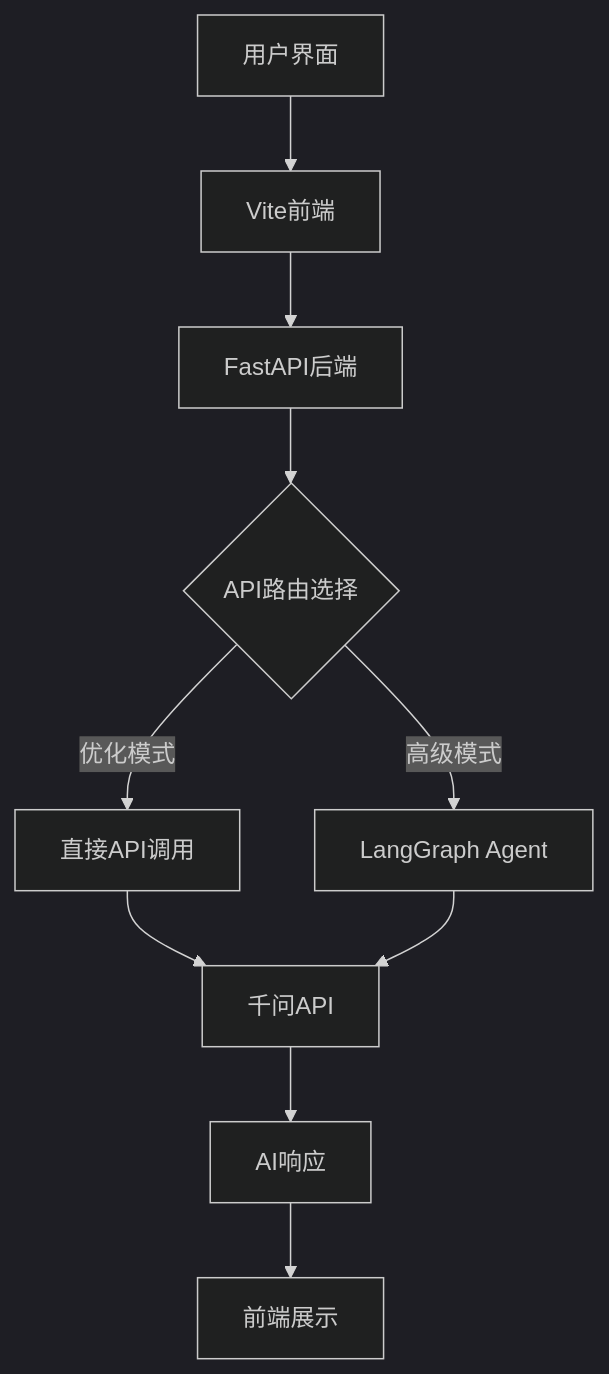
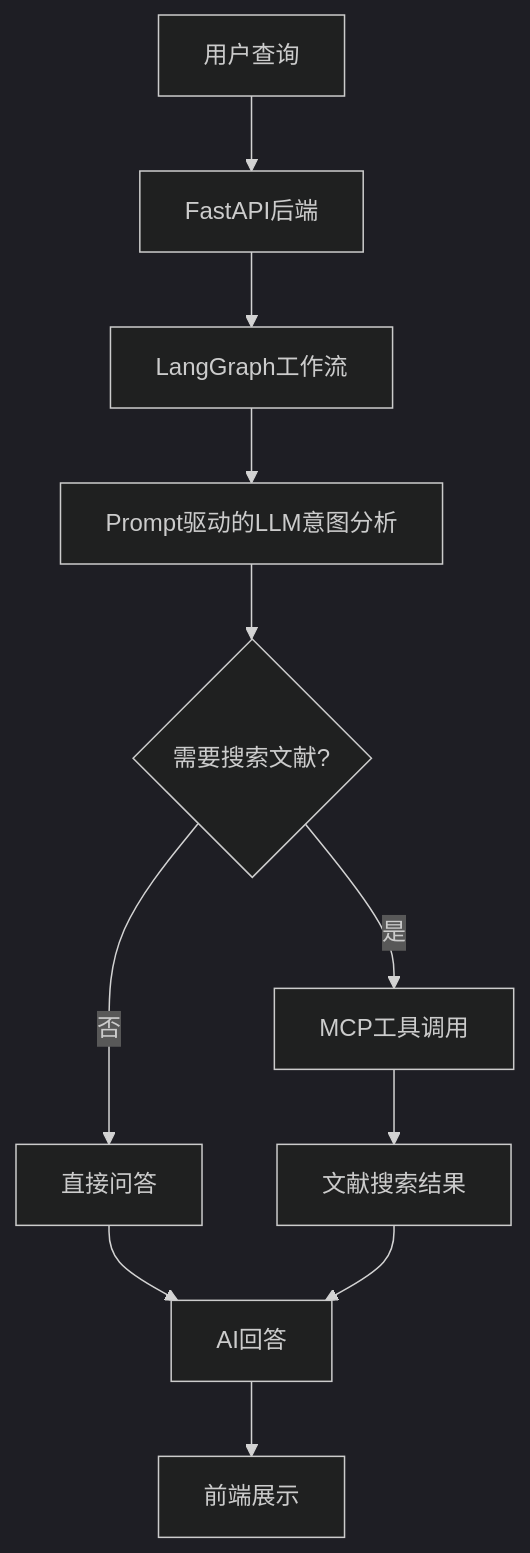
One commit to Rogerrrr18/Veritex changed the diagram in README.md. Above: the diagram before and after it, drawn with Mermaid (dark theme). The commit also changed other lines of this file and 42 other files, not shown here.

````diff
--- a/README.md
+++ b/README.md
@@ -18,12 +16,13 @@
 ```mermaid
 graph TB
-    A[用户界面] --> B[Vite前端]
-    B --> C[FastAPI后端]
-    C --> D{API路由选择}
-    D -->|优化模式| E[直接API调用]
-    D -->|高级模式| F[LangGraph Agent]
-    E --> G[千问API]
-    F --> G
-    G --> H[AI响应]
-    H --> I[前端展示]
+    A[用户查询] --> B[FastAPI后端]
+    B --> C[LangGraph工作流]
+    C --> D[Prompt驱动的LLM意图分析]
+    D --> E{需要搜索文献?}
+    E -->|是| F[MCP工具调用]
+    E -->|否| G[直接问答]
+    F --> H[文献搜索结果]
+    G --> I[AI回答]
+    H --> I
+    I --> J[前端展示]
 ```
````
